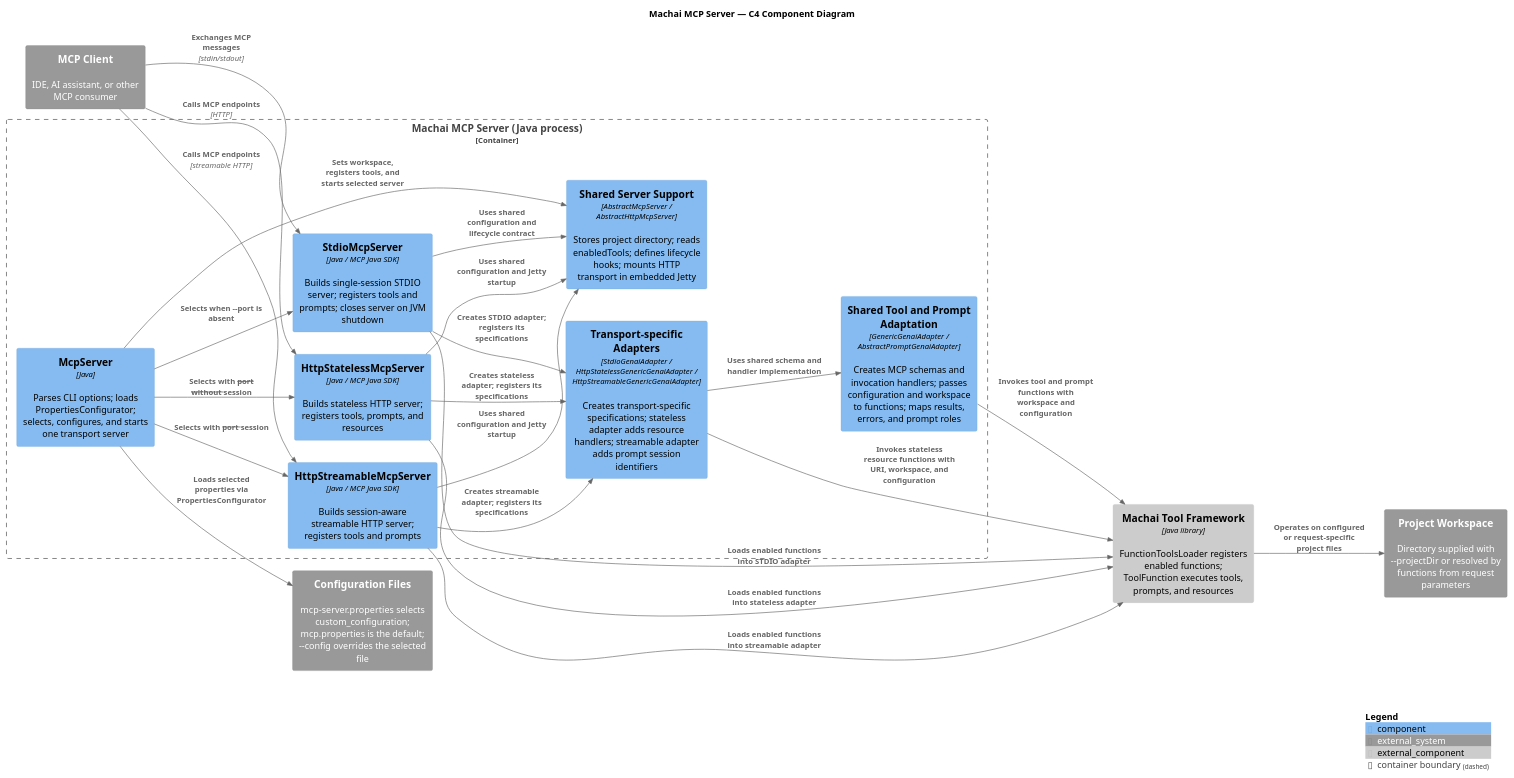
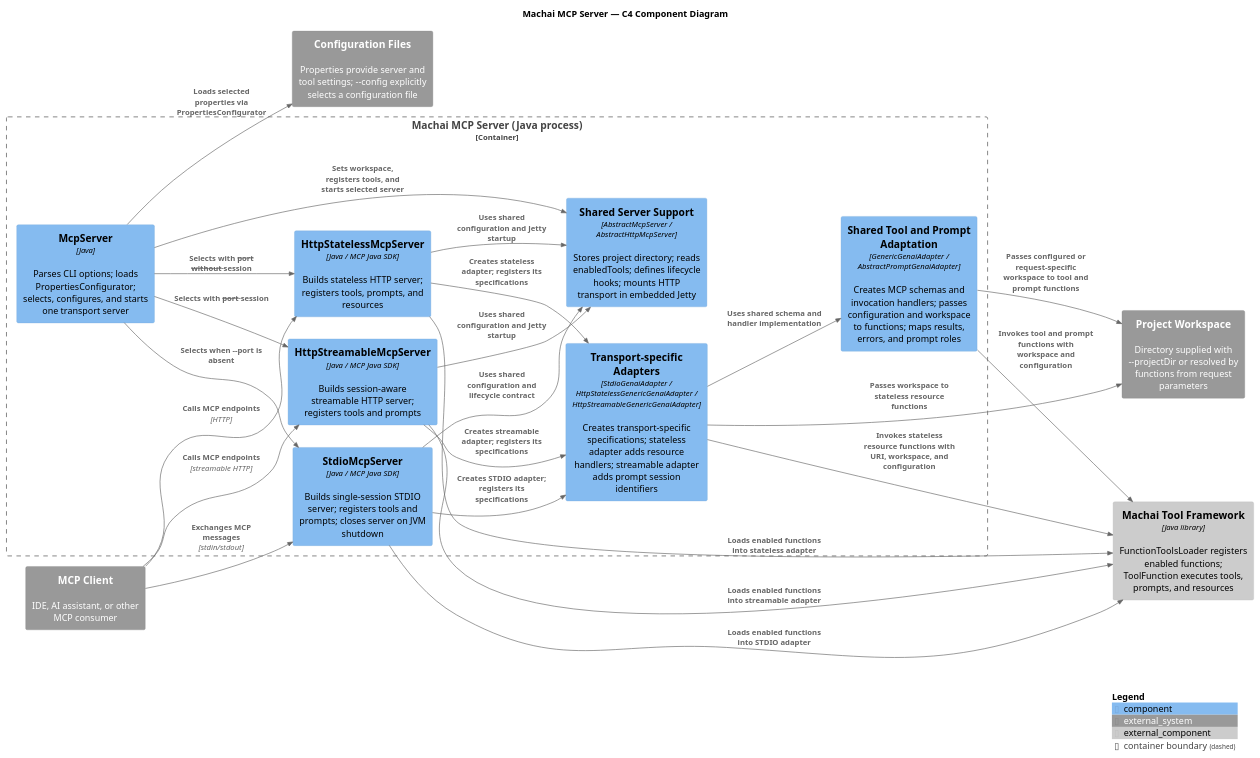
Before and after one commit to machanism-org/machai-mcp-server: the diagram in src/site/puml/c4-diagram.puml, drawn with PlantUML.

Commit message:
docs: clarify configuration and workspace flows in C4 diagram
The configuration system now describes how properties provide settings and --config selects a file.
Workspace interactions now show adapterCore passing workspace context to tool and prompt functions.
Transport adapters are shown passing workspace context to stateless resource functions.

```diff
--- a/src/site/puml/c4-diagram.puml
+++ b/src/site/puml/c4-diagram.puml
@@ -10,55 +10,56 @@
 @startuml
 !includeurl https://raw.githubusercontent.com/plantuml-stdlib/C4-PlantUML/master/C4_Component.puml
 
 LAYOUT_LEFT_RIGHT()
 
 title Machai MCP Server — C4 Component Diagram
 
 System_Ext(mcpClient, "MCP Client", "IDE, AI assistant, or other MCP consumer")
-System_Ext(configuration, "Configuration Files", "mcp-server.properties selects custom_configuration; mcp.properties is the default; --config overrides the selected file")
+System_Ext(configuration, "Configuration Files", "Properties provide server and tool settings; --config explicitly selects a configuration file")
 System_Ext(projectWorkspace, "Project Workspace", "Directory supplied with --projectDir or resolved by functions from request parameters")
 
 ' External components are in-process dependencies, not remote services.
 Component_Ext(functionTools, "Machai Tool Framework", "Java library", "FunctionToolsLoader registers enabled functions; ToolFunction executes tools, prompts, and resources")
 
 Container_Boundary(machaiServer, "Machai MCP Server (Java process)") {
   Component(entryPoint, "McpServer", "Java", "Parses CLI options; loads PropertiesConfigurator; selects, configures, and starts one transport server")
 
   ' Group shared implementation classes by architectural responsibility.
   Component(serverSupport, "Shared Server Support", "AbstractMcpServer / AbstractHttpMcpServer", "Stores project directory; reads enabledTools; defines lifecycle hooks; mounts HTTP transport in embedded Jetty")
   Component(stdioServer, "StdioMcpServer", "Java / MCP Java SDK", "Builds single-session STDIO server; registers tools and prompts; closes server on JVM shutdown")
   Component(statelessServer, "HttpStatelessMcpServer", "Java / MCP Java SDK", "Builds stateless HTTP server; registers tools, prompts, and resources")
   Component(streamableServer, "HttpStreamableMcpServer", "Java / MCP Java SDK", "Builds session-aware streamable HTTP server; registers tools and prompts")
 
   Component(adapterCore, "Shared Tool and Prompt Adaptation", "GenericGenaiAdapter / AbstractPromptGenaiAdapter", "Creates MCP schemas and invocation handlers; passes configuration and workspace to functions; maps results, errors, and prompt roles")
   Component(transportAdapters, "Transport-specific Adapters", "StdioGenaiAdapter / HttpStatelessGenericGenaiAdapter / HttpStreamableGenericGenaiAdapter", "Creates transport-specific specifications; stateless adapter adds resource handlers; streamable adapter adds prompt session identifiers")
 }
 
 Rel(entryPoint, configuration, "Loads selected properties via PropertiesConfigurator")
 Rel(entryPoint, stdioServer, "Selects when --port is absent")
 Rel(entryPoint, statelessServer, "Selects with --port without --session")
 Rel(entryPoint, streamableServer, "Selects with --port --session")
 Rel(entryPoint, serverSupport, "Sets workspace, registers tools, and starts selected server")
 
 Rel(stdioServer, serverSupport, "Uses shared configuration and lifecycle contract")
 Rel(statelessServer, serverSupport, "Uses shared configuration and Jetty startup")
 Rel(streamableServer, serverSupport, "Uses shared configuration and Jetty startup")
 
 Rel(stdioServer, transportAdapters, "Creates STDIO adapter; registers its specifications")
 Rel(statelessServer, transportAdapters, "Creates stateless adapter; registers its specifications")
 Rel(streamableServer, transportAdapters, "Creates streamable adapter; registers its specifications")
 Rel(transportAdapters, adapterCore, "Uses shared schema and handler implementation")
 
 Rel(stdioServer, functionTools, "Loads enabled functions into STDIO adapter")
 Rel(statelessServer, functionTools, "Loads enabled functions into stateless adapter")
 Rel(streamableServer, functionTools, "Loads enabled functions into streamable adapter")
 Rel(adapterCore, functionTools, "Invokes tool and prompt functions with workspace and configuration")
 Rel(transportAdapters, functionTools, "Invokes stateless resource functions with URI, workspace, and configuration")
-Rel(functionTools, projectWorkspace, "Operates on configured or request-specific project files")
+Rel(adapterCore, projectWorkspace, "Passes configured or request-specific workspace to tool and prompt functions")
+Rel(transportAdapters, projectWorkspace, "Passes workspace to stateless resource functions")
 
 Rel(mcpClient, stdioServer, "Exchanges MCP messages", "stdin/stdout")
 Rel(mcpClient, statelessServer, "Calls MCP endpoints", "HTTP")
 Rel(mcpClient, streamableServer, "Calls MCP endpoints", "streamable HTTP")
 
 SHOW_LEGEND()
 @enduml
```
